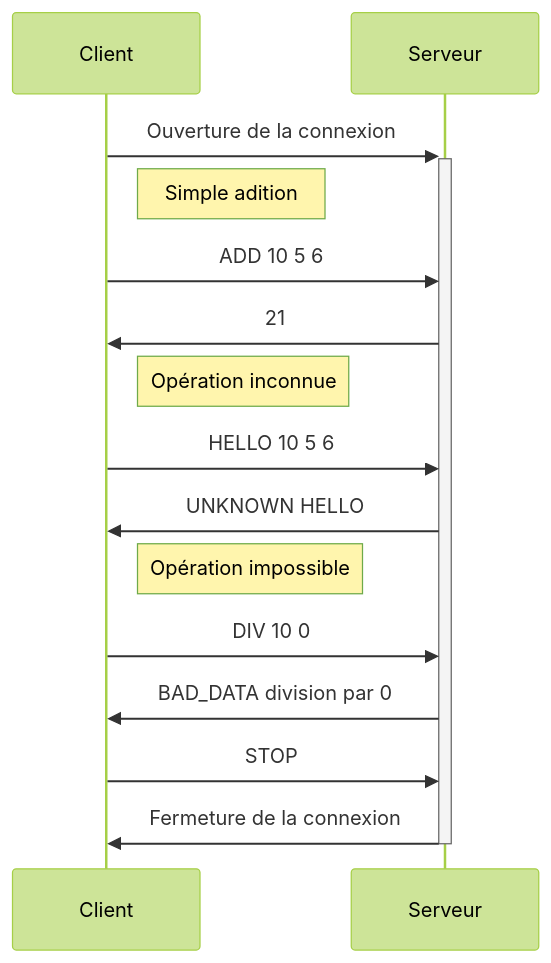
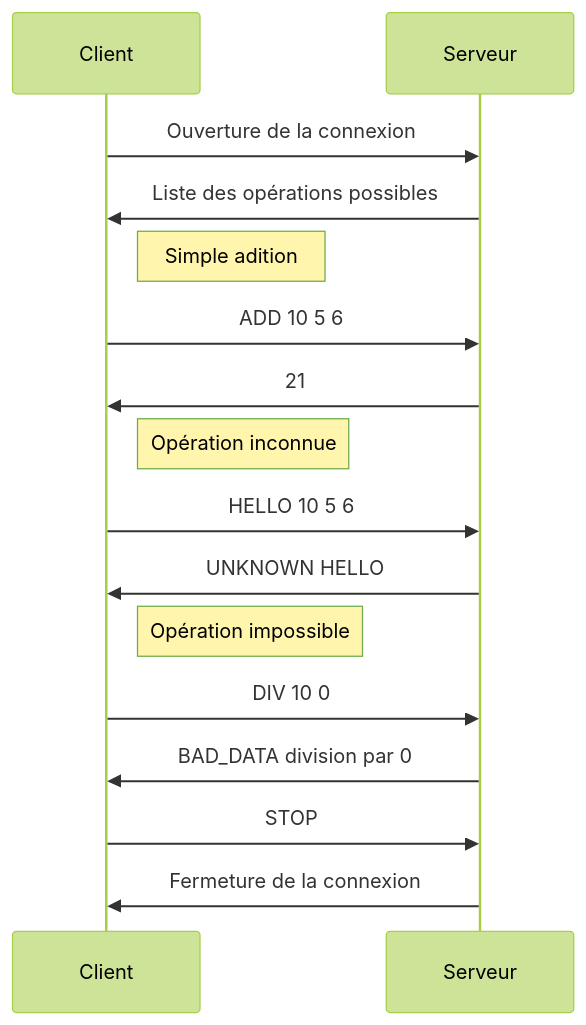
One commit to nadi3/dai-lab-protocoldesign changed the diagram in specs/cattin_halimi/protocol.md. Above: the diagram before and after it, drawn with Mermaid (forest theme). The commit also changed other lines of this file and 2 other files, not shown here.

````diff
--- a/specs/cattin_halimi/protocol.md
+++ b/specs/cattin_halimi/protocol.md
@@ -37,15 +32,16 @@
 ```mermaid
 sequenceDiagram
-    Client->>+Serveur: Ouverture de la connexion
+    Client->>Serveur: Ouverture de la connexion
+    Serveur ->> Client: Liste des opérations possibles
     note right of Client: Simple adition
     Client->>Serveur: ADD 10 5 6
     Serveur->>Client: 21
     note right of Client: Opération inconnue
     Client->>Serveur: HELLO 10 5 6
     Serveur->>Client: UNKNOWN HELLO
     note right of Client: Opération impossible
     Client->>Serveur: DIV 10 0
     Serveur->>Client: BAD_DATA division par 0
     Client ->> Serveur: STOP
-    Serveur->>-Client: Fermeture de la connexion
+    Serveur->>Client: Fermeture de la connexion
 ```
````
